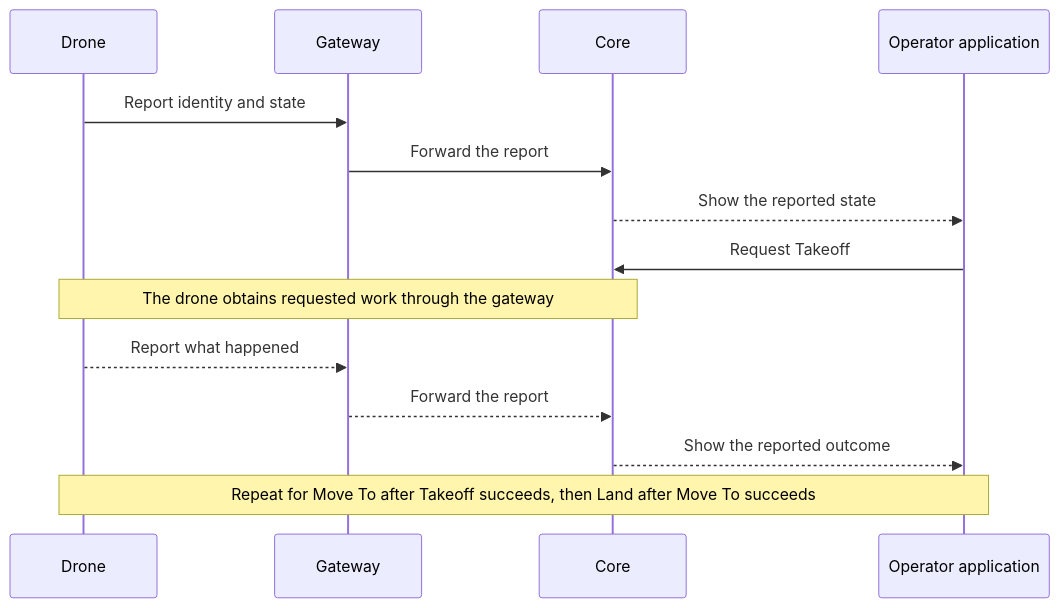
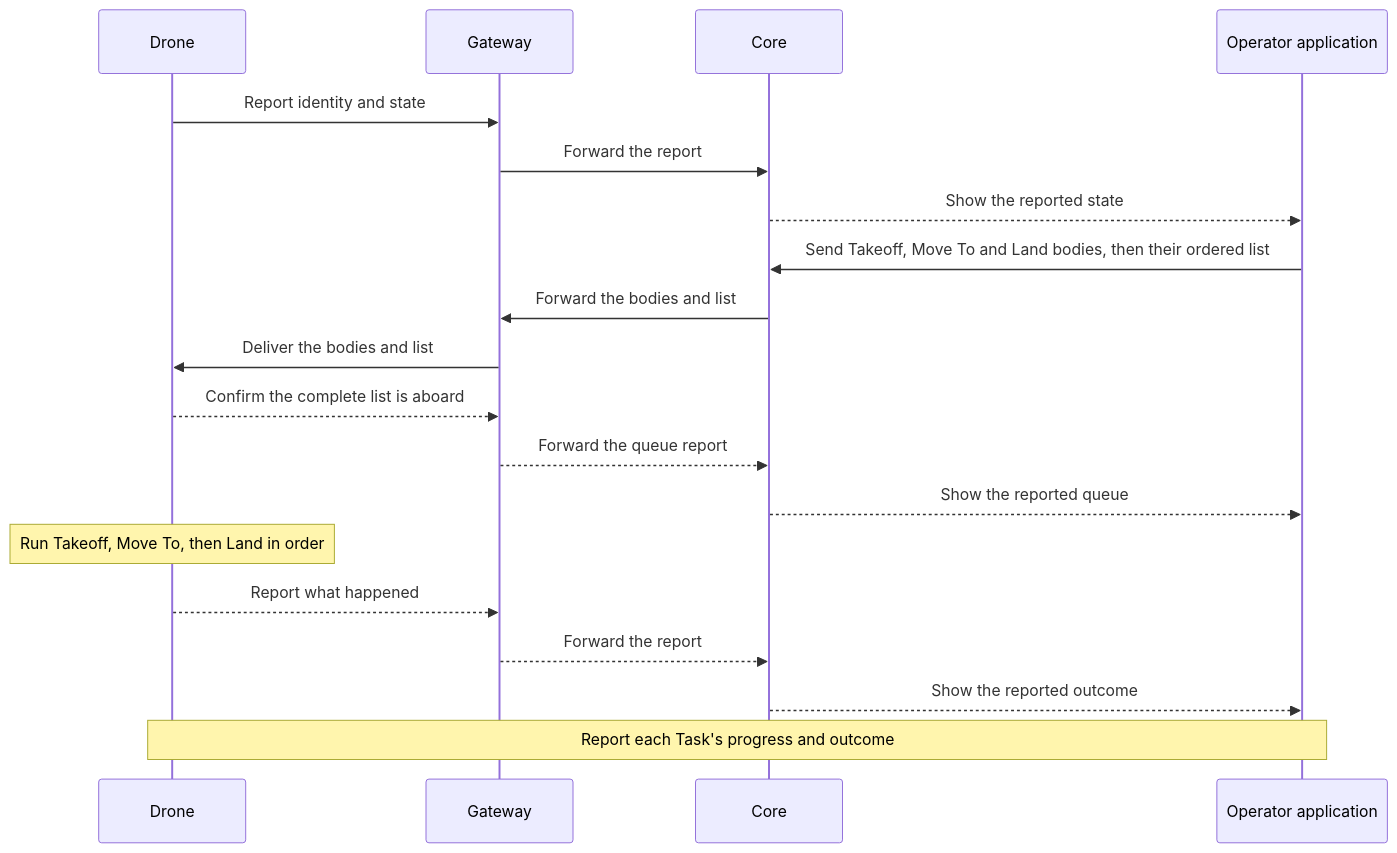
Before and after one commit to atlas-field-systems/atlas: the diagram in atlas/first-flight.md, drawn with Mermaid. The commit also changed other lines of this file and 65 other files, not shown here.

````diff
--- a/atlas/first-flight.md
+++ b/atlas/first-flight.md
@@ -23,16 +24,21 @@
 ```mermaid
 sequenceDiagram
     participant Drone
     participant Gateway
     participant Core
     participant App as Operator application
     Drone->>Gateway: Report identity and state
     Gateway->>Core: Forward the report
     Core-->>App: Show the reported state
-    App->>Core: Request Takeoff
-    Note over Drone,Core: The drone obtains requested work through the gateway
+    App->>Core: Send Takeoff, Move To and Land bodies, then their ordered list
+    Core->>Gateway: Forward the bodies and list
+    Gateway->>Drone: Deliver the bodies and list
+    Drone-->>Gateway: Confirm the complete list is aboard
+    Gateway-->>Core: Forward the queue report
+    Core-->>App: Show the reported queue
+    Note over Drone: Run Takeoff, Move To, then Land in order
     Drone-->>Gateway: Report what happened
     Gateway-->>Core: Forward the report
     Core-->>App: Show the reported outcome
-    Note over Drone,App: Repeat for Move To after Takeoff succeeds, then Land after Move To succeeds
+    Note over Drone,App: Report each Task's progress and outcome
 ```
````
